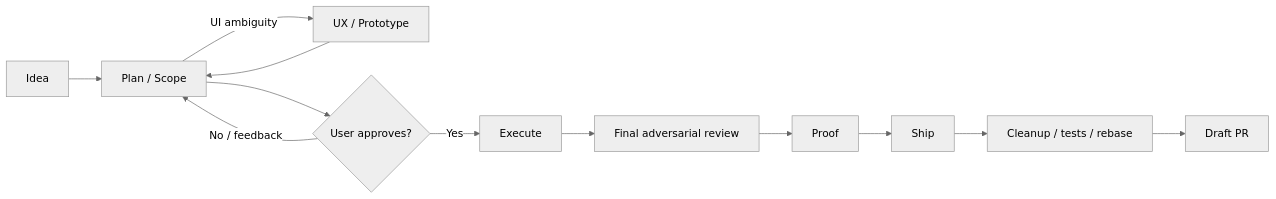
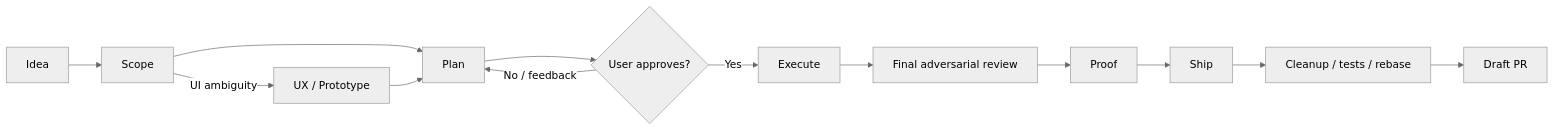
The second of 4 diagrams in Architecture.md (joenandez/spectre), drawn with Mermaid (neutral theme) before and after one commit. The commit also changed other lines of this file and 31 other files, not shown here.

````diff
--- a/Architecture.md
+++ b/Architecture.md
@@ -187,14 +187,15 @@
 ```mermaid
 flowchart LR
-    I[Idea] --> P[Plan / Scope]
-    P -->|UI ambiguity| U[UX / Prototype]
+    I[Idea] --> S[Scope]
+    S -->|UI ambiguity| U[UX / Prototype]
+    S --> P[Plan]
     U --> P
     P --> A{User approves?}
     A -->|No / feedback| P
     A -->|Yes| E[Execute]
     E --> R[Final adversarial review]
     R --> V[Proof]
     V --> C[Ship]
     C --> B[Cleanup / tests / rebase]
     B --> PR[Draft PR]
 ```
````
